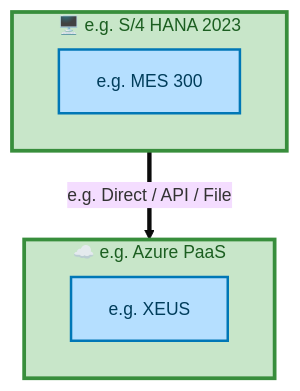
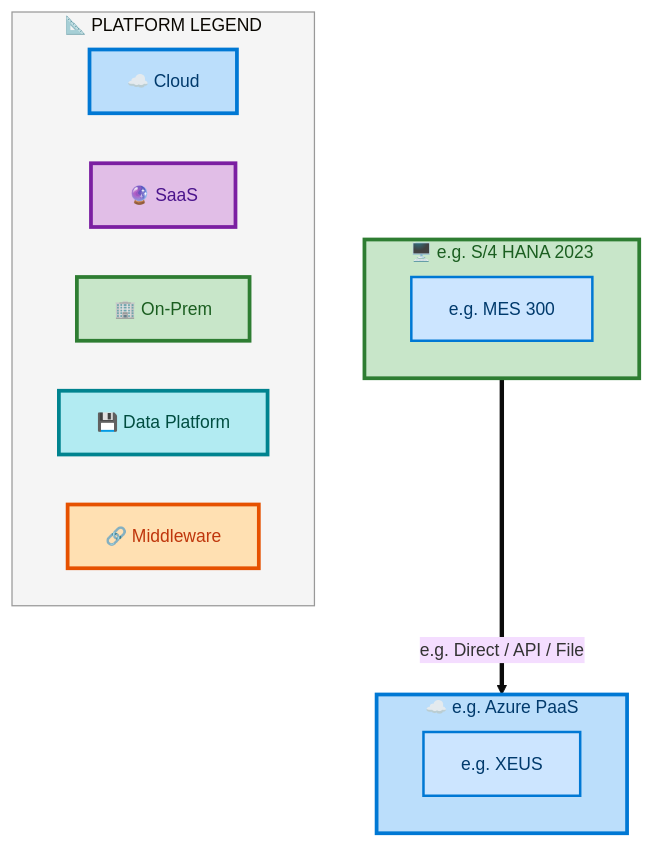
One commit to sajivfrancis777/IAO-Architecture changed the seventh of 7 diagrams in towers/E2E/Forecast to Stock/E2E-122/output/docs/systems-architecture/E2E-122-Architecture.md. Above: the diagram before and after it, drawn with Mermaid. The commit also changed other lines of this file and 394 other files, not shown here.

First line of the commit message:
feat: structured layer ordering for Mermaid architecture diagrams

````diff
--- a/towers/E2E/Forecast to Stock/E2E-122/output/docs/systems-architecture/E2E-122-Architecture.md
+++ b/towers/E2E/Forecast to Stock/E2E-122/output/docs/systems-architecture/E2E-122-Architecture.md
@@ -668,22 +701,36 @@
 ```mermaid
 %%{init: {"theme": "base", "securityLevel": "loose", "themeVariables": {"fontSize": "14px", "fontFamily": "Segoe UI, Arial"}, "flowchart": {"useMaxWidth": false, "htmlLabels": true, "nodeSpacing": 40, "rankSpacing": 50}} }%%
 flowchart TB
-    classDef appBox fill:#B5DFFF,stroke:#0077B6,stroke-width:2px,color:#003D5B
-    classDef platBox fill:#C8E6C9,stroke:#388E3C,stroke-width:3px,color:#1B5E20
-    classDef eolBox fill:#FFB5B5,stroke:#CC0000,stroke-width:2px,color:#660000
+    classDef appBox fill:#CCE5FF,stroke:#0078D4,stroke-width:2px,color:#003A6C
+    classDef platBox fill:#C8E6C9,stroke:#2E7D32,stroke-width:3px,color:#1B5E20
+    classDef eolBox fill:#FFCDD2,stroke:#C62828,stroke-width:2px,color:#B71C1C
 
     subgraph E2E122FPLP_e_g_Azure_PaaS["☁️ e.g. Azure PaaS"]
         direction LR
         E2E122FPLA_e_g_XEUS["e.g. XEUS"]:::appBox
     end
-    style E2E122FPLP_e_g_Azure_PaaS fill:#C8E6C9,stroke:#388E3C,stroke-width:3px,color:#1B5E20
+    style E2E122FPLP_e_g_Azure_PaaS fill:#BBDEFB,stroke:#0078D4,stroke-width:3px,color:#003A6C
 
     subgraph E2E122FPLP_e_g_S_4_HANA_2023["🖥️ e.g. S/4 HANA 2023"]
         direction LR
         E2E122FPLA_e_g_MES_300["e.g. MES 300"]:::appBox
     end
-    style E2E122FPLP_e_g_S_4_HANA_2023 fill:#C8E6C9,stroke:#388E3C,stroke-width:3px,color:#1B5E20
+    style E2E122FPLP_e_g_S_4_HANA_2023 fill:#C8E6C9,stroke:#2E7D32,stroke-width:3px,color:#1B5E20
 
     E2E122FPLP_e_g_S_4_HANA_2023 ==>|"e.g. Direct / API / File"| E2E122FPLP_e_g_Azure_PaaS
 
+    subgraph E2E122FPLLegend["📐 PLATFORM LEGEND"]
+        direction LR
+        E2E122FPLLC["☁️ Cloud"]
+        E2E122FPLLS["🔮 SaaS"]
+        E2E122FPLLO["🏢 On-Prem"]
+        E2E122FPLLD["💾 Data Platform"]
+        E2E122FPLLM["🔗 Middleware"]
+    end
+    style E2E122FPLLegend fill:#F5F5F5,stroke:#999,stroke-width:1px
+    style E2E122FPLLC fill:#BBDEFB,stroke:#0078D4,stroke-width:3px,color:#003A6C
+    style E2E122FPLLS fill:#E1BEE7,stroke:#7B1FA2,stroke-width:3px,color:#4A148C
+    style E2E122FPLLO fill:#C8E6C9,stroke:#2E7D32,stroke-width:3px,color:#1B5E20
+    style E2E122FPLLD fill:#B2EBF2,stroke:#00838F,stroke-width:3px,color:#004D40
+    style E2E122FPLLM fill:#FFE0B2,stroke:#E65100,stroke-width:3px,color:#BF360C
 ```
````
